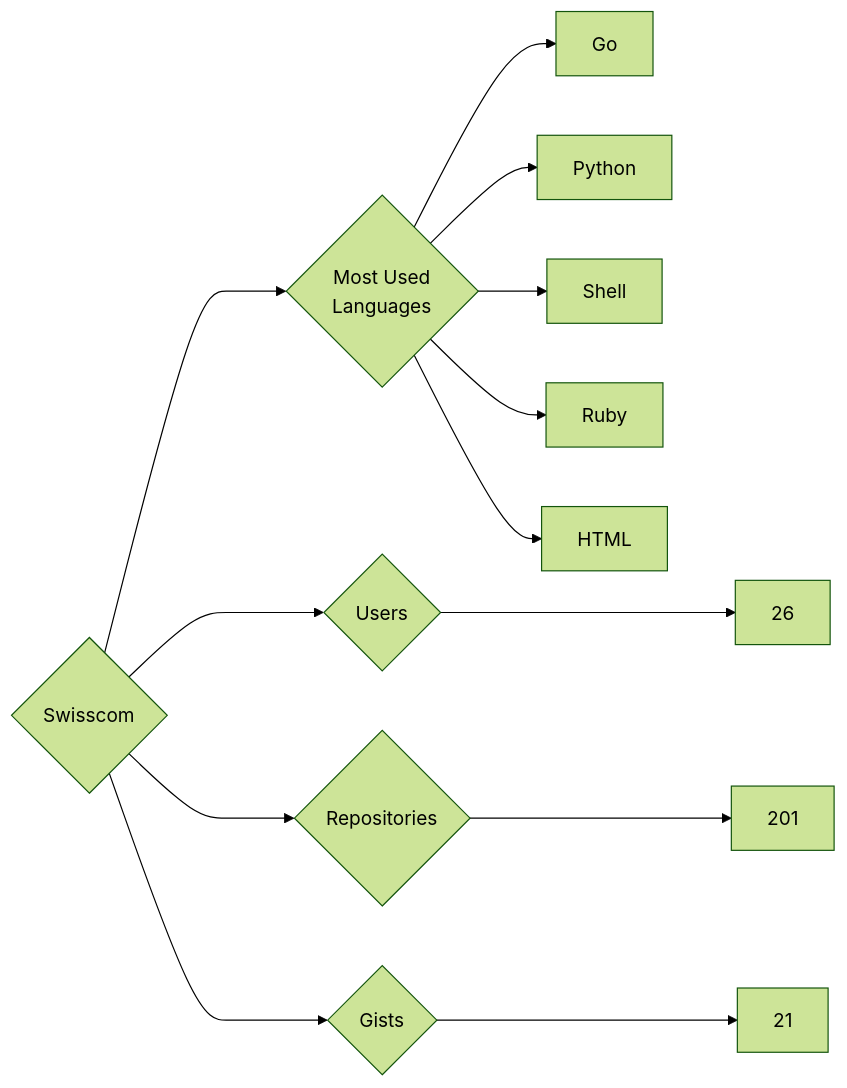
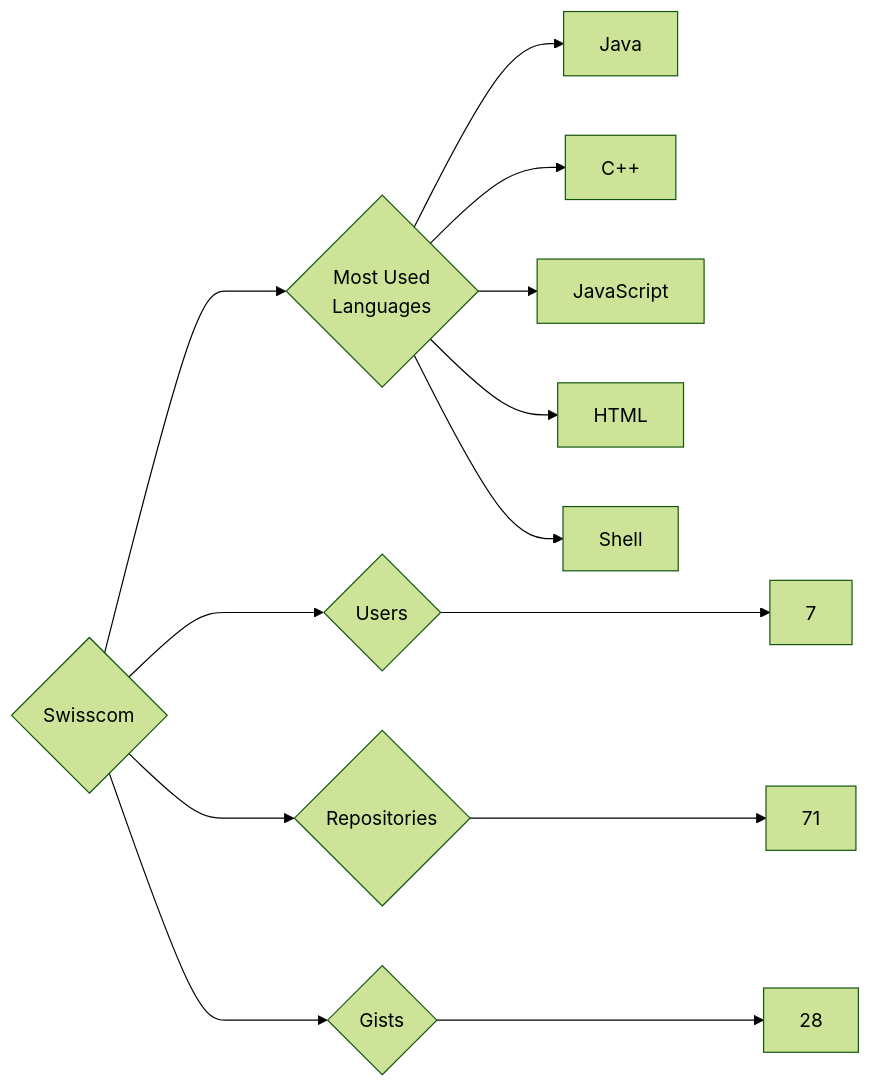
One commit to trickest/insiders changed the diagram in targets/Swisscom/README.md. Above: the diagram before and after it, drawn with Mermaid (forest theme). The commit also changed 815 other files, not shown here.

````diff
--- a/targets/Swisscom/README.md
+++ b/targets/Swisscom/README.md
@@ -3,13 +3,13 @@
 ```mermaid
 graph LR
 COMPANY_NAME{Swisscom}
-COMPANY_NAME ---> U{Users} ---> UN[26]
-COMPANY_NAME ---> R{Repositories} ---> RN[201]
-COMPANY_NAME ---> G{Gists} ---> GN[21]
+COMPANY_NAME ---> U{Users} ---> UN[7]
+COMPANY_NAME ---> R{Repositories} ---> RN[71]
+COMPANY_NAME ---> G{Gists} ---> GN[28]
 COMPANY_NAME ---> ML{Most Used<br>Languages}
-ML --> Go[Go]
-ML --> Python[Python]
+ML --> Java[Java]
+ML --> C++[C++]
+ML --> JavaScript[JavaScript]
+ML --> HTML[HTML]
 ML --> Shell[Shell]
-ML --> Ruby[Ruby]
-ML --> HTML[HTML]
 ```
````
